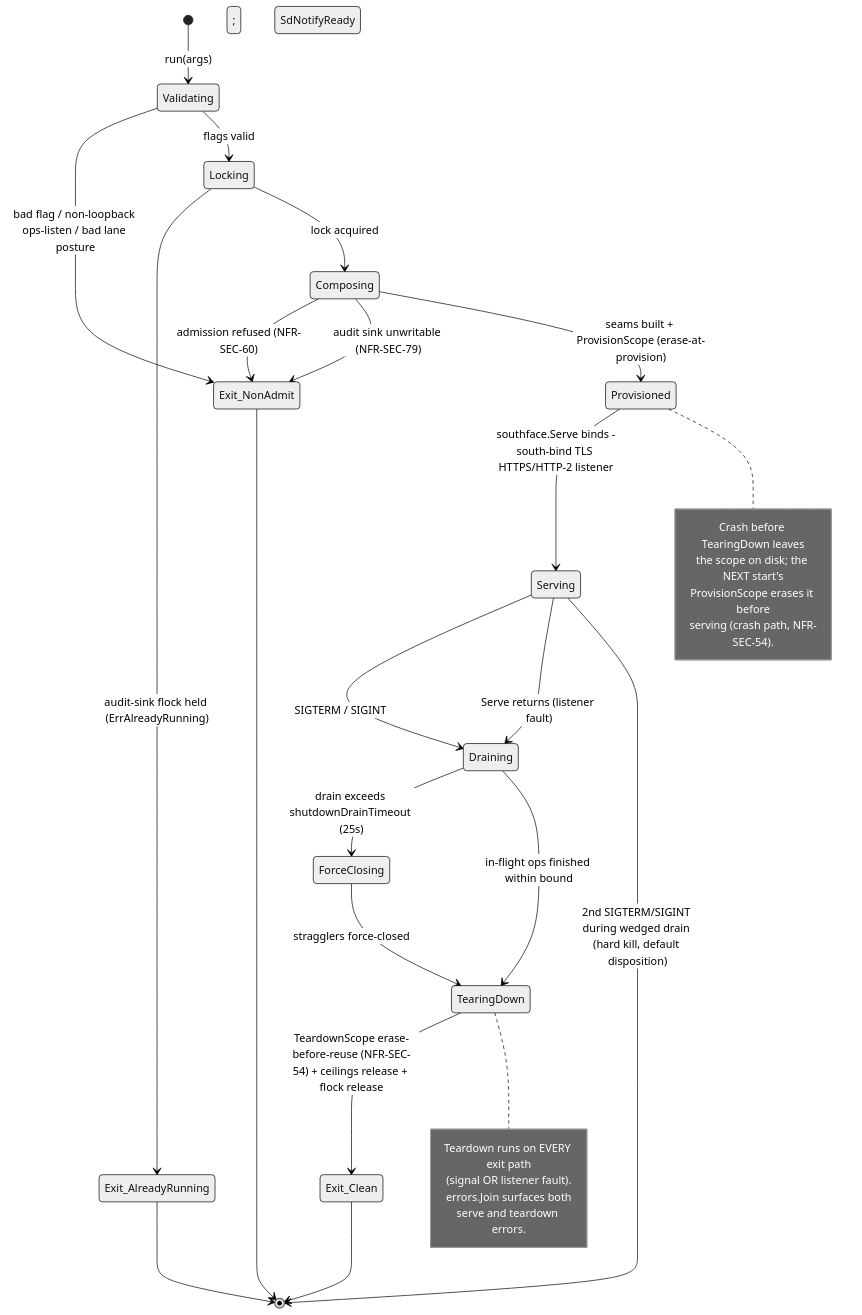
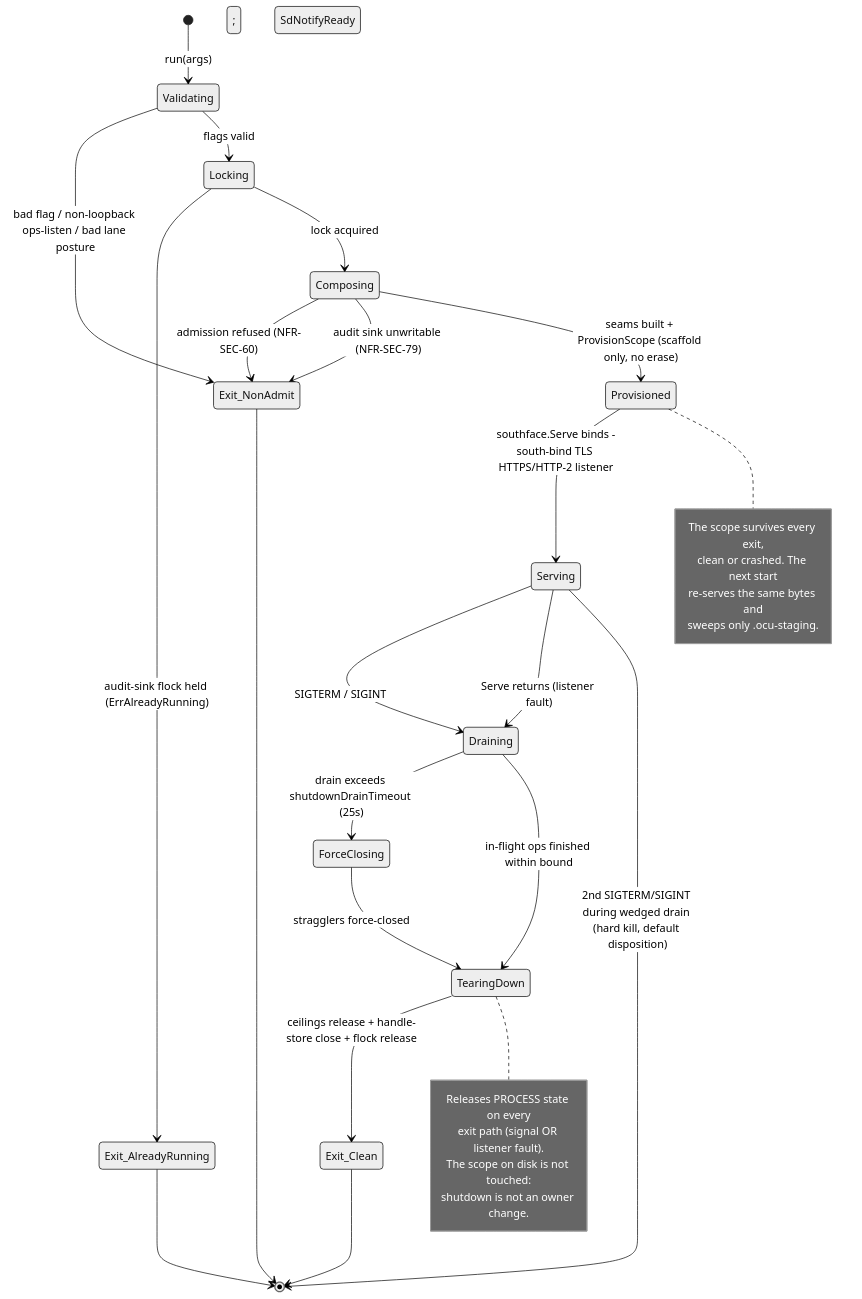
Before and after one commit to Wide-Moat/ocu-filestore: the diagram in docs/architecture/05-lifecycle.md, drawn with Mermaid (neutral theme). The commit also changed other lines of this file and 20 other files, not shown here.

````diff
--- a/docs/architecture/05-lifecycle.md
+++ b/docs/architecture/05-lifecycle.md
@@ -501,44 +567,44 @@
 ```mermaid
 stateDiagram-v2
     [*] --> Validating: run(args)
     Validating --> Exit_NonAdmit: bad flag / non-loopback ops-listen / bad lane posture
     Validating --> Locking: flags valid
 
     Locking --> Exit_AlreadyRunning: audit-sink flock held (ErrAlreadyRunning)
     Locking --> Composing: lock acquired
 
     Composing --> Exit_NonAdmit: admission refused (NFR-SEC-60)
     Composing --> Exit_NonAdmit: audit sink unwritable (NFR-SEC-79)
-    Composing --> Provisioned: seams built + ProvisionScope (erase-at-provision)
+    Composing --> Provisioned: seams built + ProvisionScope (scaffold only, no erase)
 
     Provisioned --> Serving: southface.Serve binds -south-bind TLS HTTPS/HTTP-2 listener; SdNotifyReady
 
     Serving --> Draining: SIGTERM / SIGINT
     Serving --> Draining: Serve returns (listener fault)
 
     Draining --> ForceClosing: drain exceeds shutdownDrainTimeout (25s)
     Draining --> TearingDown: in-flight ops finished within bound
     ForceClosing --> TearingDown: stragglers force-closed
 
-    TearingDown --> Exit_Clean: TeardownScope erase-before-reuse (NFR-SEC-54) + ceilings release + flock release
+    TearingDown --> Exit_Clean: ceilings release + handle-store close + flock release
 
     Serving --> [*]: 2nd SIGTERM/SIGINT during wedged drain (hard kill, default disposition)
 
     Exit_NonAdmit --> [*]
     Exit_AlreadyRunning --> [*]
     Exit_Clean --> [*]
 
     note right of TearingDown
-        Teardown runs on EVERY exit path
-        (signal OR listener fault).
-        errors.Join surfaces both
-        serve and teardown errors.
+        Releases PROCESS state on every
+        exit path (signal OR listener fault).
+        The scope on disk is not touched:
+        shutdown is not an owner change.
     end note
 
     note right of Provisioned
-        Crash before TearingDown leaves
-        the scope on disk; the NEXT start's
-        ProvisionScope erases it before
-        serving (crash path, NFR-SEC-54).
+        The scope survives every exit,
+        clean or crashed. The next start
+        re-serves the same bytes and
+        sweeps only .ocu-staging.
     end note
 ```
````
